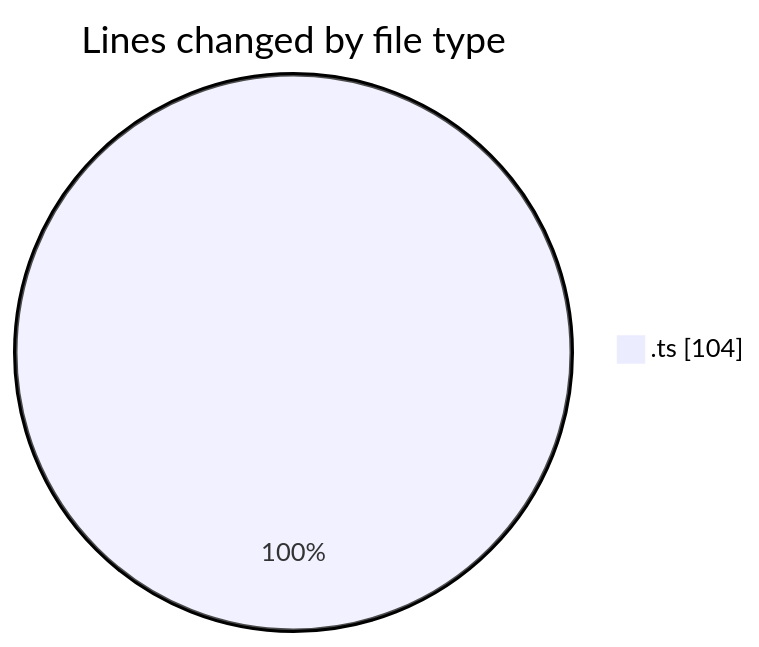
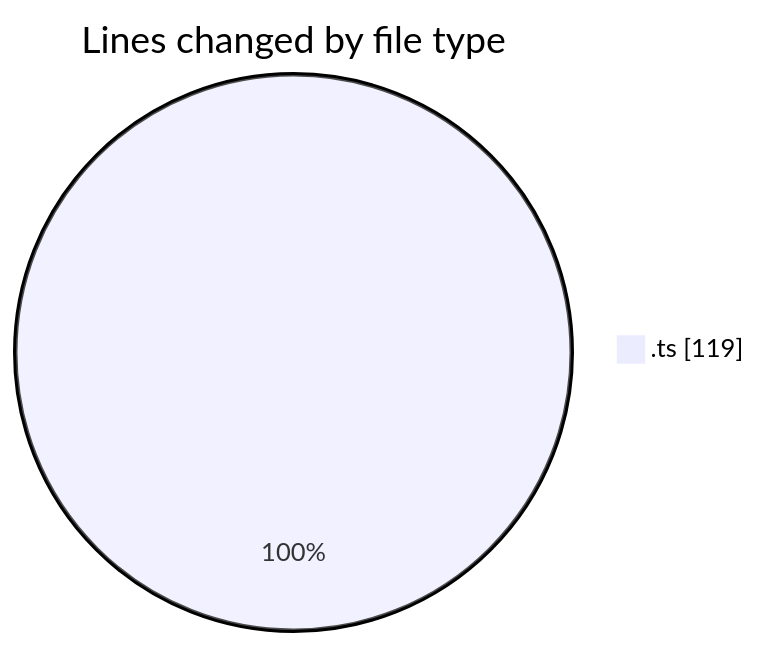
Before and after one commit to momahboobian/code-tracking: the first of 2 diagrams in 2025-12-02/cda/README.md, drawn with Mermaid. The commit also changed other lines of this file and 1 other file, not shown here.

````diff
--- a/2025-12-02/cda/README.md
+++ b/2025-12-02/cda/README.md
@@ -20,5 +20,5 @@
 ```mermaid
 pie showData
 title Lines changed by file type
-".ts" : 104
+".ts" : 119
 ```
````
